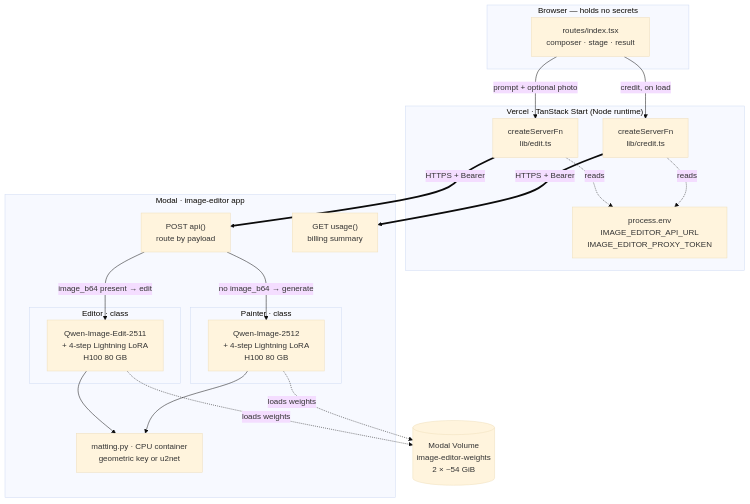
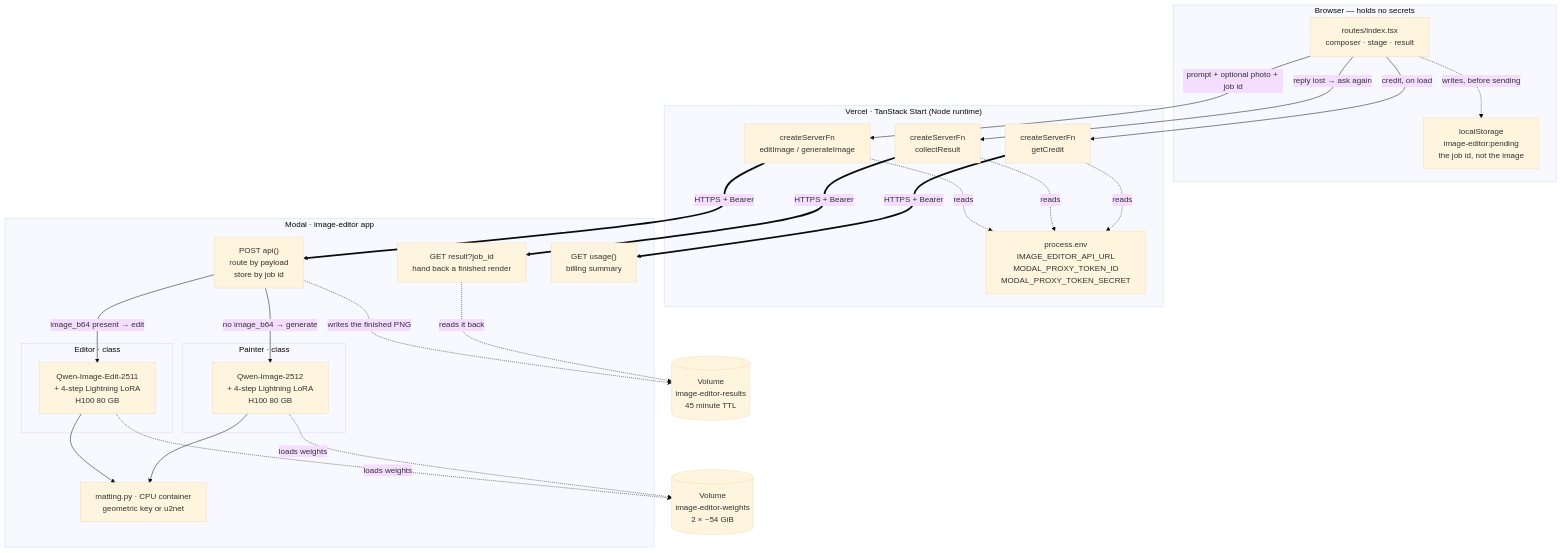
One commit to kusalkalinga00/latent-image-generator changed the first of 2 diagrams in README.md. Above: the diagram before and after it, drawn with Mermaid (base theme). The commit also changed other lines of this file, not shown here.

First line of the commit message:
Document the third endpoint and the addressable render

````diff
--- a/README.md
+++ b/README.md
@@ -64,39 +66,49 @@
 ```mermaid
 flowchart TB
   subgraph BROWSER["Browser — holds no secrets"]
     UI["routes/index.tsx<br/>composer · stage · result"]
+    LS["localStorage<br/>image-editor:pending<br/>the job id, not the image"]
   end
 
   subgraph VERCEL["Vercel · TanStack Start (Node runtime)"]
-    FN["createServerFn<br/>lib/edit.ts"]
-    CR["createServerFn<br/>lib/credit.ts"]
-    ENV["process.env<br/>IMAGE_EDITOR_API_URL<br/>IMAGE_EDITOR_PROXY_TOKEN"]
+    FN["createServerFn<br/>editImage / generateImage"]
+    CO["createServerFn<br/>collectResult"]
+    CR["createServerFn<br/>getCredit"]
+    ENV["process.env<br/>IMAGE_EDITOR_API_URL<br/>MODAL_PROXY_TOKEN_ID<br/>MODAL_PROXY_TOKEN_SECRET"]
   end
 
   subgraph MODAL["Modal · image-editor app"]
-    API["POST api()<br/>route by payload"]
+    API["POST api()<br/>route by payload<br/>store by job id"]
+    RES["GET result?job_id<br/>hand back a finished render"]
     USE["GET usage()<br/>billing summary"]
     subgraph EDITOR["Editor · class"]
       ED["Qwen-Image-Edit-2511<br/>+ 4-step Lightning LoRA<br/>H100 80 GB"]
     end
     subgraph PAINTER["Painter · class"]
       PN["Qwen-Image-2512<br/>+ 4-step Lightning LoRA<br/>H100 80 GB"]
     end
     MAT["matting.py · CPU container<br/>geometric key or u2net"]
   end
 
-  VOL[("Modal Volume<br/>image-editor-weights<br/>2 × ~54 GiB")]
+  VOL[("Volume<br/>image-editor-weights<br/>2 × ~54 GiB")]
+  RVOL[("Volume<br/>image-editor-results<br/>45 minute TTL")]
 
-  UI -->|"prompt + optional photo"| FN
+  UI -->|"prompt + optional photo + job id"| FN
   UI -->|"credit, on load"| CR
+  UI -.->|"writes, before sending"| LS
+  UI -->|"reply lost → ask again"| CO
   FN -.->|"reads"| ENV
+  CO -.->|"reads"| ENV
   CR -.->|"reads"| ENV
   FN ==>|"HTTPS + Bearer"| API
+  CO ==>|"HTTPS + Bearer"| RES
   CR ==>|"HTTPS + Bearer"| USE
   API -->|"image_b64 present → edit"| ED
   API -->|"no image_b64 → generate"| PN
+  API -.->|"writes the finished PNG"| RVOL
+  RES -.->|"reads it back"| RVOL
   ED --> MAT
   PN --> MAT
   ED -.->|"loads weights"| VOL
   PN -.->|"loads weights"| VOL
 ```
````
